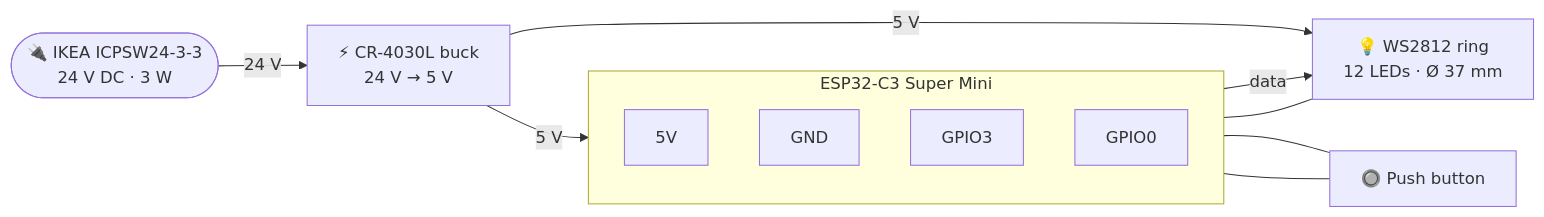
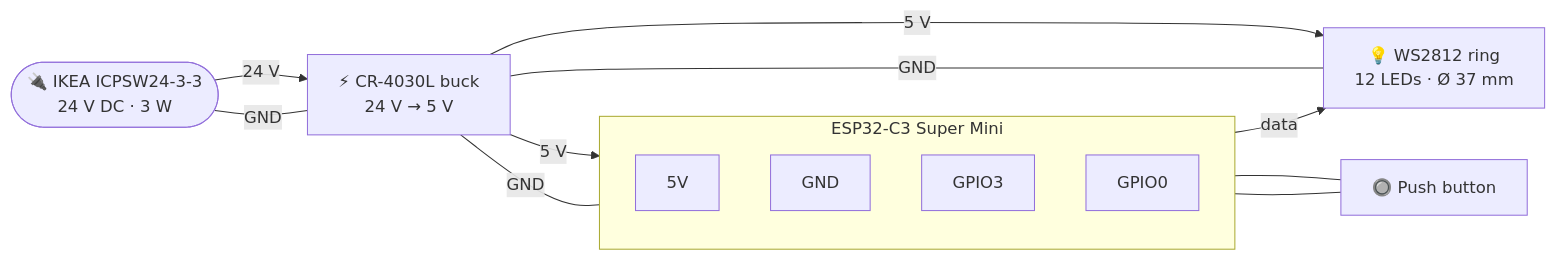
Before and after one commit to nfjodor/ikea-rocket-lamp: the diagram in README.md, drawn with Mermaid. The commit also changed other lines of this file and 1 other file, not shown here.

````diff
--- a/README.md
+++ b/README.md
@@ -156,17 +156,19 @@
 ```mermaid
 flowchart LR
     ADP(["🔌 IKEA ICPSW24-3-3<br/>24 V DC · 3 W"]) -- "24 V" --> BUCK["⚡ CR-4030L buck<br/>24 V → 5 V"]
+    ADP -- "GND" --- BUCK
     BUCK -- "5 V" --> V5
+    BUCK -- "GND" --- G
     BUCK -- "5 V" --> LED
+    BUCK -- "GND" --- LED
     subgraph MCU["ESP32-C3 Super Mini"]
         direction TB
         V5["5V"]
         G["GND"]
         IO3["GPIO3"]
         IO0["GPIO0"]
     end
     IO3 -- "data" --> LED["💡 WS2812 ring<br/>12 LEDs · Ø 37 mm"]
-    G --- LED
     IO0 --- BTN["🔘 Push button"]
     BTN --- G
 ```
````
